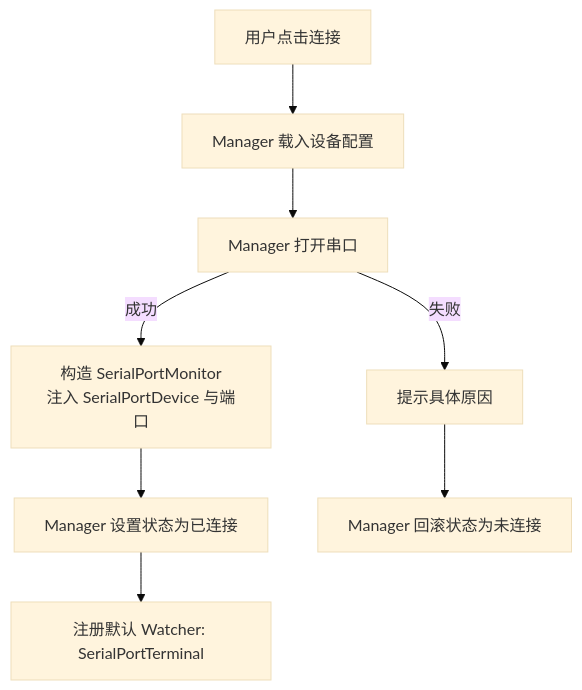
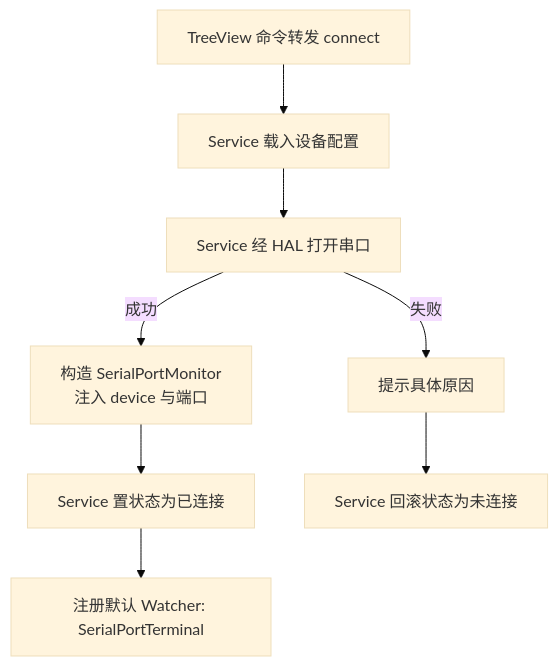
The second of 3 diagrams in doc/SerialPortMonitor设计.md (ziqiang-zhu/vscode-serial-port-terminal), drawn with Mermaid (base theme) before and after one commit. The commit also changed other lines of this file and 6 other files, not shown here.

````diff
--- a/doc/SerialPortMonitor设计.md
+++ b/doc/SerialPortMonitor设计.md
@@ -74,10 +63,10 @@
 ```mermaid
 flowchart TD
-    A[用户点击连接] --> B[Manager 载入设备配置]
-    B --> C[Manager 打开串口]
-    C -->|成功| D[构造 SerialPortMonitor\n注入 SerialPortDevice 与端口]
-    D --> E[Manager 设置状态为已连接]
+    A[TreeView 命令转发 connect] --> B[Service 载入设备配置]
+    B --> C[Service 经 HAL 打开串口]
+    C -->|成功| D[构造 SerialPortMonitor\n注入 device 与端口]
+    D --> E[Service 置状态为已连接]
     E --> F[注册默认 Watcher: SerialPortTerminal]
     C -->|失败| G[提示具体原因]
-    G --> H[Manager 回滚状态为未连接]
+    G --> H[Service 回滚状态为未连接]
 ```
````
